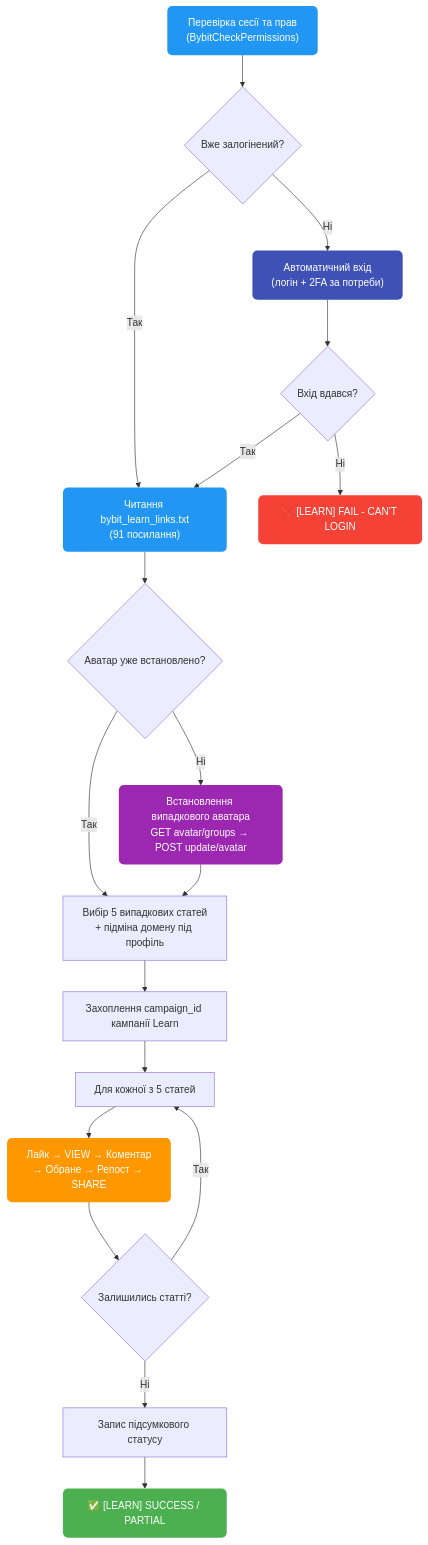
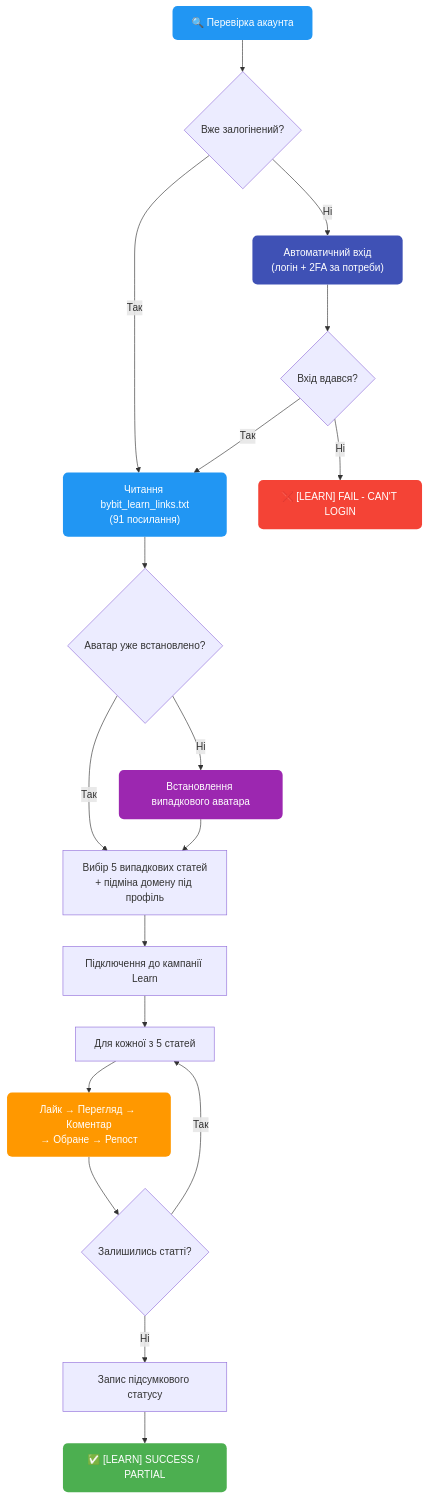
One commit to AutoPilotSoftware/docs changed diagram 11 of 12 in src/content/docs/ua/exchanges/bybit-autopilot.md. Above: the diagram before and after it, drawn with Mermaid. The commit also changed other lines of this file and 2 other files, not shown here.

Commit message:
docs(bybit): simplify learn flow diagram
Remove internal implementation details from the learn section in all
three locales: function name in the entry node, request paths in the
avatar step, campaign id capture, and the raw VIEW/SHARE signal names.
Wording is now pilot-facing only.

````diff
--- a/src/content/docs/ua/exchanges/bybit-autopilot.md
+++ b/src/content/docs/ua/exchanges/bybit-autopilot.md
@@ -598,28 +598,28 @@
 ```mermaid
 flowchart TD
-    A["Перевірка сесії та прав<br/>(BybitCheckPermissions)"] --> B{"Вже залогінений?"}
+    A["🔍 Перевірка акаунта"] --> B{"Вже залогінений?"}
     B -- "Так" --> C["Читання bybit_learn_links.txt<br/>(91 посилання)"]
     B -- "Ні" --> L["Автоматичний вхід<br/>(логін + 2FA за потреби)"]
     L --> M{"Вхід вдався?"}
     M -- "Ні" --> X["❌ [LEARN] FAIL - CAN'T LOGIN"]
     M -- "Так" --> C
     C --> D{"Аватар уже встановлено?"}
     D -- "Так" --> F["Вибір 5 випадкових статей<br/>+ підміна домену під профіль"]
-    D -- "Ні" --> E["Встановлення випадкового аватара<br/>GET avatar/groups → POST update/avatar"]
+    D -- "Ні" --> E["Встановлення випадкового аватара"]
     E --> F
-    F --> G["Захоплення campaign_id кампанії Learn"]
+    F --> G["Підключення до кампанії Learn"]
     G --> H["Для кожної з 5 статей"]
-    H --> I["Лайк → VIEW → Коментар<br/>→ Обране → Репост → SHARE"]
+    H --> I["Лайк → Перегляд → Коментар<br/>→ Обране → Репост"]
     I --> J{"Залишились статті?"}
     J -- "Так" --> H
     J -- "Ні" --> K["Запис підсумкового статусу"]
     K --> S["✅ [LEARN] SUCCESS / PARTIAL"]
 
     style A fill:#2196F3,color:#fff,stroke:none,rx:8
     style C fill:#2196F3,color:#fff,stroke:none,rx:8
     style L fill:#3F51B5,color:#fff,stroke:none,rx:8
     style E fill:#9C27B0,color:#fff,stroke:none,rx:8
     style I fill:#FF9800,color:#fff,stroke:none,rx:8
     style S fill:#4CAF50,color:#fff,stroke:none,rx:8
     style X fill:#F44336,color:#fff,stroke:none,rx:8
 ```
````
